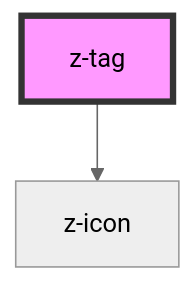
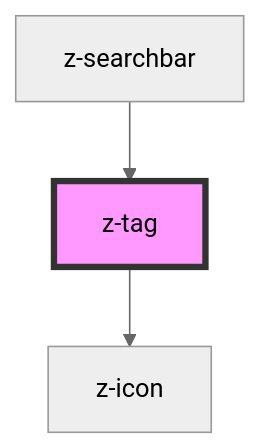
One commit to ZanichelliEditore/design-system changed the diagram in src/components/z-tag/readme.md. Above: the diagram before and after it, drawn with Mermaid (neutral theme). The commit also changed other lines of this file and 2 other files, not shown here.

````diff
--- a/src/components/z-tag/readme.md
+++ b/src/components/z-tag/readme.md
@@ -32,5 +36,6 @@
 ```mermaid
 graph TD;
   z-tag --> z-icon
+  z-searchbar --> z-tag
   style z-tag fill:#f9f,stroke:#333,stroke-width:4px
 ```
````
